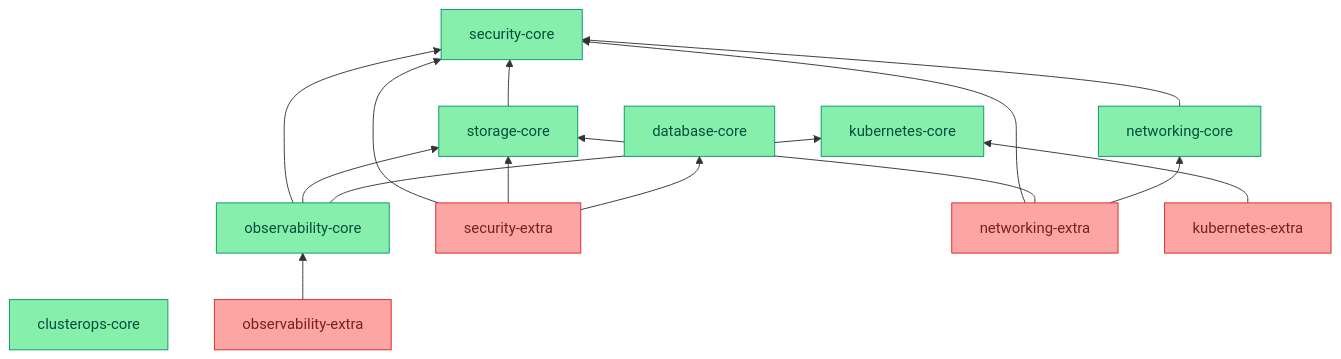
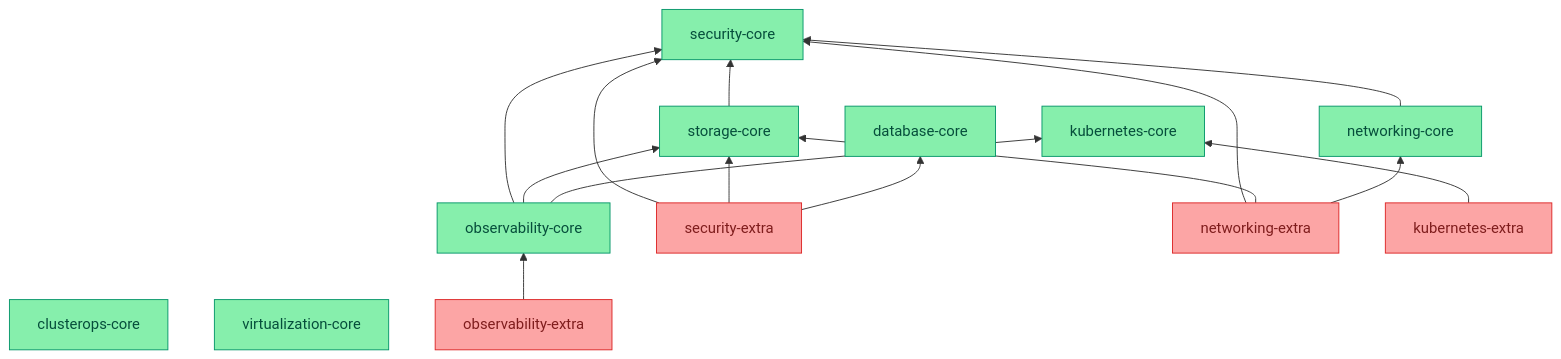
Before and after one commit to ppat/homelab-ops-kubernetes-apps: the diagram in infrastructure/README.md, drawn with Mermaid. The commit also changed other lines of this file and 20 other files, not shown here.

````diff
--- a/infrastructure/README.md
+++ b/infrastructure/README.md
@@ -21,41 +22,42 @@
 ```mermaid
 flowchart BT
     %% Color scheme for better contrast in light/dark themes
     classDef core fill:#86efac,stroke:#059669,color:#064e3b
     classDef extra fill:#fca5a5,stroke:#dc2626,color:#7f1d1d
 
     %% Layer 1 - Root
     security-core[security-core]:::core
 
     %% Layer 2 - Direct Dependencies
     storage-core[storage-core]:::core
     networking-core[networking-core]:::core
     observability-core[observability-core]:::core
     database-core[database-core]:::core
 
     %% Layer 3 - Extended Components
     kubernetes-core[kubernetes-core]:::core
     clusterops-core[clusterops-core]:::core
+    virtualization-core[virtualization-core]:::core
     security-extra[security-extra]:::extra
     networking-extra[networking-extra]:::extra
     kubernetes-extra[kubernetes-extra]:::extra
     observability-extra[observability-extra]:::extra
 
     %% Dependencies - Organized by layers
     storage-core & networking-core & observability-core --> security-core
     observability-core --> storage-core
     observability-core --> kubernetes-core
 
     %% Extra module dependencies - Minimizing crossings
     security-extra --> security-core
     security-extra --> storage-core
     security-extra --> database-core
 
     networking-extra --> security-core
     networking-extra --> storage-core
     networking-extra --> networking-core
 
     observability-extra --> observability-core
 
     kubernetes-extra --> kubernetes-core
 ```
````
